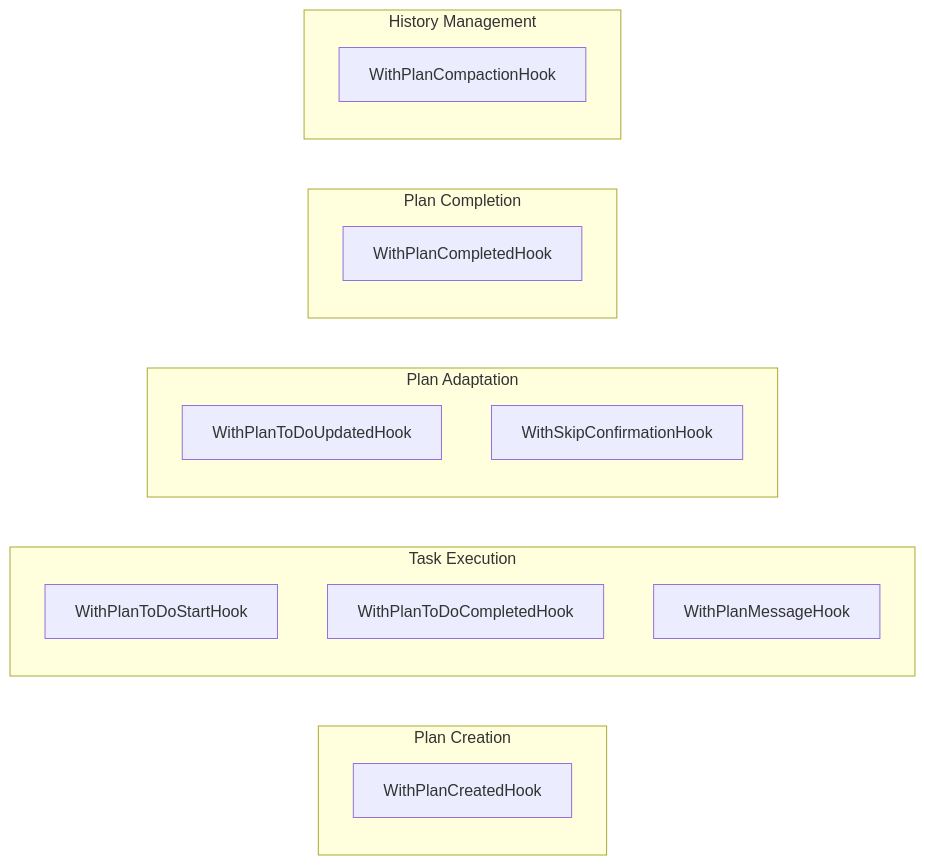
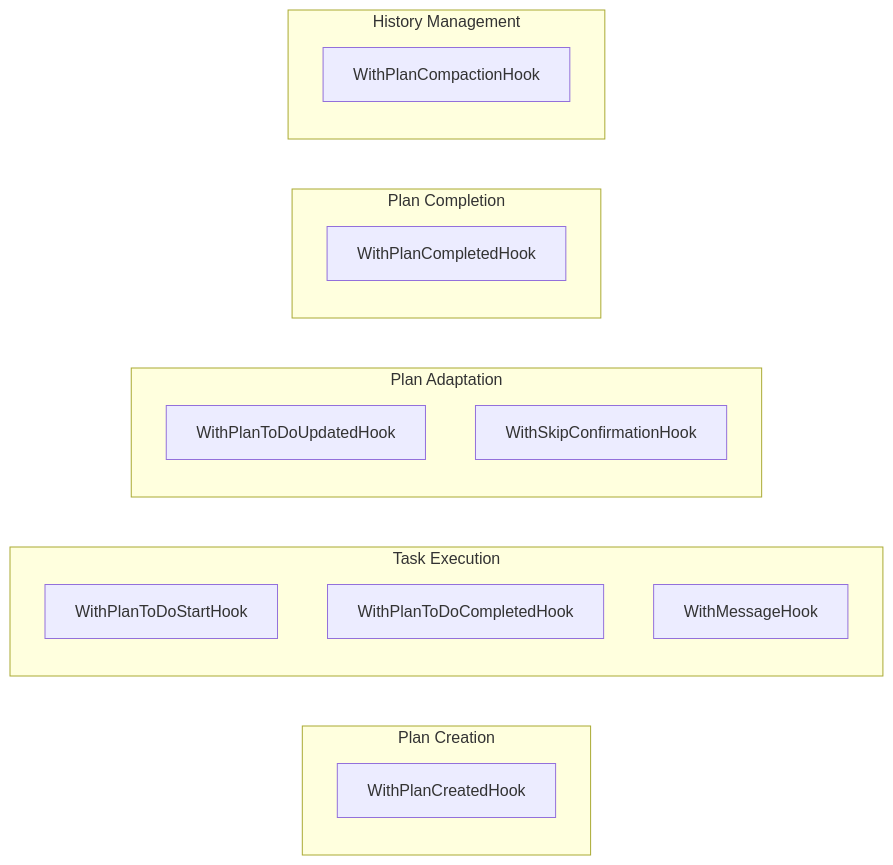
The third of 3 diagrams in doc/plan-mode.md (m-mizutani/gollem), drawn with Mermaid before and after one commit. The commit also changed other lines of this file and 1 other file, not shown here.

Commit message:
refactor(docs, plan.go): rename WithPlanMessageHook to WithMessageHook for consistency and clarity in documentation and code

````diff
--- a/doc/plan-mode.md
+++ b/doc/plan-mode.md
@@ -227,25 +227,25 @@
 ```mermaid
 graph LR
     subgraph "Plan Creation"
         A[WithPlanCreatedHook]
     end
     
     subgraph "Task Execution"
         B[WithPlanToDoStartHook]
         C[WithPlanToDoCompletedHook]
-        D[WithPlanMessageHook]
+        D[WithMessageHook]
     end
     
     subgraph "Plan Adaptation"
         E[WithPlanToDoUpdatedHook]
         F[WithSkipConfirmationHook]
     end
     
     subgraph "Plan Completion"
         G[WithPlanCompletedHook]
     end
     
     subgraph "History Management"
         H[WithPlanCompactionHook]
     end
 ```
````
